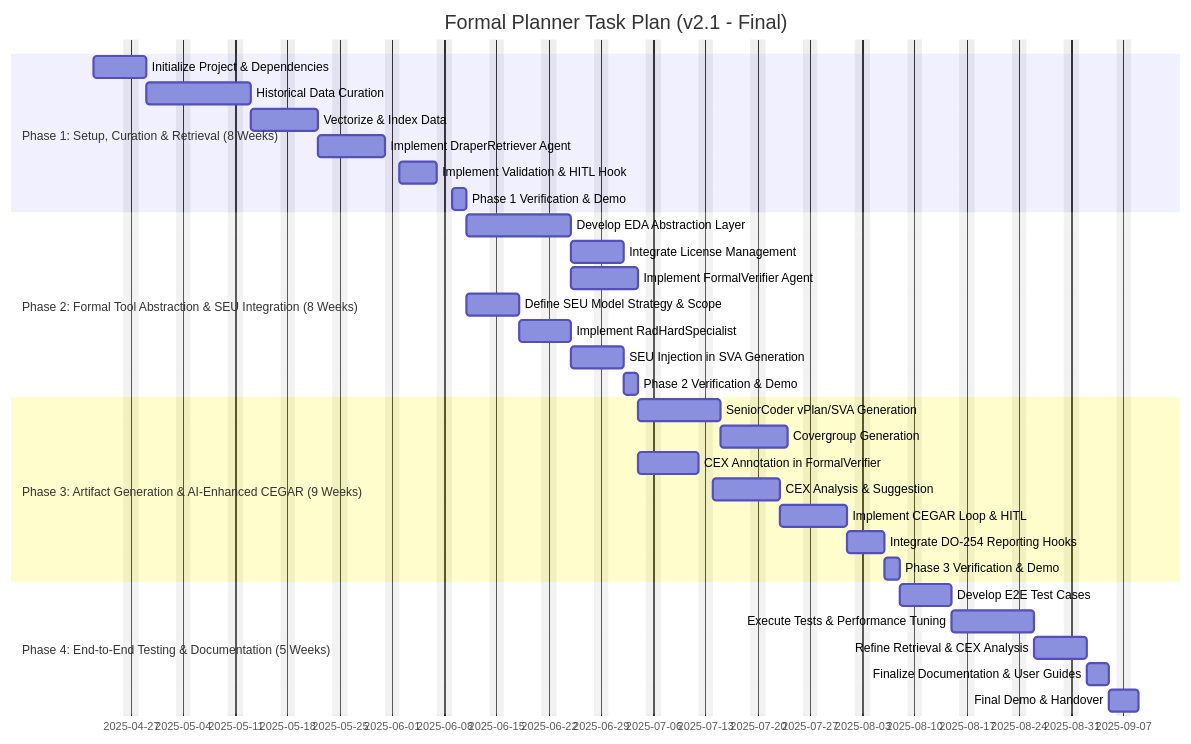
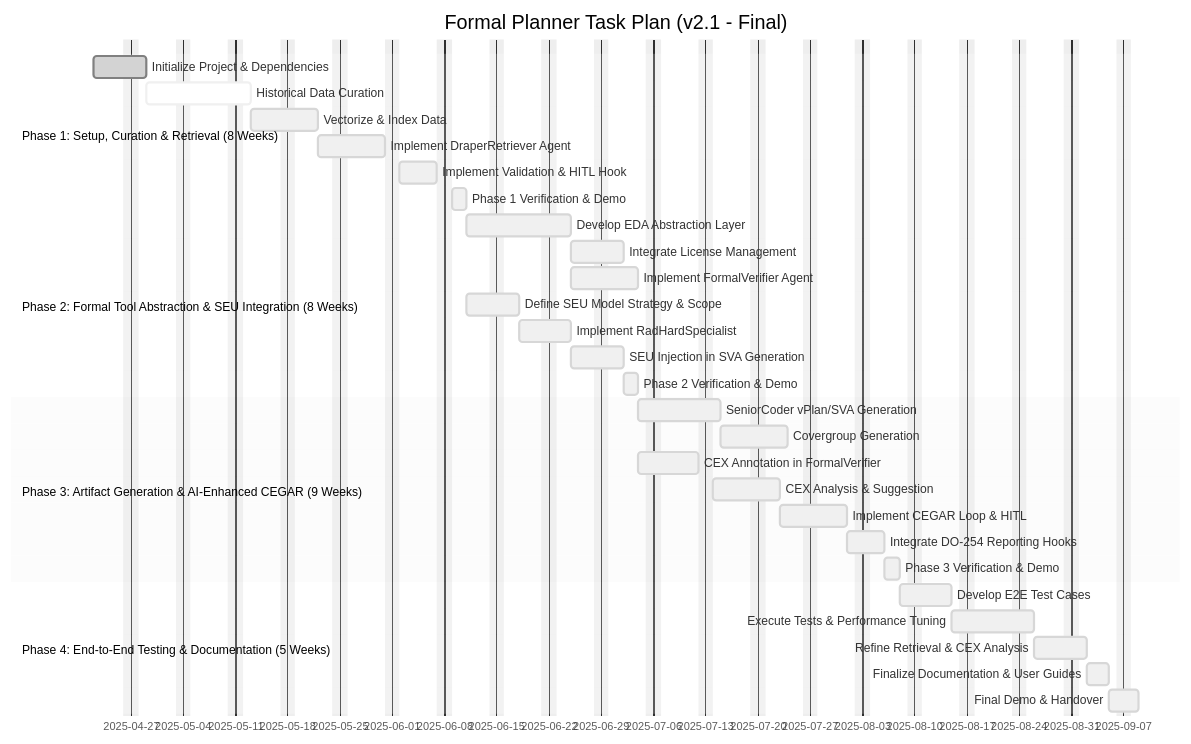
Before and after one commit to grahama1970/draper: the diagram in draper_formal_planner/task.md, drawn with Mermaid. The commit also changed other lines of this file and 1 other file, not shown here.

Commit message:
Complete Task 3.1: Designer pass for visual quality on documentation

````diff
--- a/draper_formal_planner/task.md
+++ b/draper_formal_planner/task.md
@@ -51,39 +51,40 @@
 ```mermaid
+%%{init: {'theme': 'base', 'themeVariables': { 'primaryColor': '#f0f0f0'}}}%%
 gantt
     dateFormat  YYYY-MM-DD
     title       Formal Planner Task Plan (v2.1 - Final)
     excludes    weekends
 
     section Phase 1: Setup, Curation & Retrieval (8 Weeks)
-    Initialize Project & Dependencies          : 2025-04-22, 5d
-    Historical Data Curation                   : after P1T1, 10d
-    Vectorize & Index Data                     : after P1T2, 7d
-    Implement DraperRetriever Agent            : after P1T3, 7d
-    Implement Validation & HITL Hook           : after P1T4, 5d
-    Phase 1 Verification & Demo                : after P1T5, 2d
+    Initialize Project & Dependencies          :done, P1T1, 2025-04-22, 5d
+    Historical Data Curation                   :active, P1T2, after P1T1, 10d
+    Vectorize & Index Data                     :P1T3, after P1T2, 7d
+    Implement DraperRetriever Agent            :P1T4, after P1T3, 7d
+    Implement Validation & HITL Hook           :P1T5, after P1T4, 5d
+    Phase 1 Verification & Demo                :P1T6, after P1T5, 2d
 
     section Phase 2: Formal Tool Abstraction & SEU Integration (8 Weeks)
-    Develop EDA Abstraction Layer              : after P1T6, 10d
-    Integrate License Management               : after P2T1, 5d
-    Implement FormalVerifier Agent             : after P2T1, 7d
-    Define SEU Model Strategy & Scope          : after P1T6, 5d
-    Implement RadHardSpecialist                : after P2T4, 5d
-    SEU Injection in SVA Generation            : after P2T5, 5d
-    Phase 2 Verification & Demo                : after P2T6, 2d
+    Develop EDA Abstraction Layer              :P2T1, after P1T6, 10d
+    Integrate License Management               :P2T2, after P2T1, 5d
+    Implement FormalVerifier Agent             :P2T3, after P2T1, 7d
+    Define SEU Model Strategy & Scope          :P2T4, after P1T6, 5d
+    Implement RadHardSpecialist                :P2T5, after P2T4, 5d
+    SEU Injection in SVA Generation            :P2T6, after P2T5, 5d
+    Phase 2 Verification & Demo                :P2T7, after P2T6, 2d
 
     section Phase 3: Artifact Generation & AI-Enhanced CEGAR (9 Weeks)
-    SeniorCoder vPlan/SVA Generation           : after P2T7, 7d
-    Covergroup Generation                      : after P3T1, 7d
-    CEX Annotation in FormalVerifier           : after P2T7, 6d
-    CEX Analysis & Suggestion                  : after P3T3, 7d
-    Implement CEGAR Loop & HITL                : after P3T4, 7d
-    Integrate DO-254 Reporting Hooks           : after P3T5, 3d
-    Phase 3 Verification & Demo                : after P3T6, 2d
+    SeniorCoder vPlan/SVA Generation           :P3T1, after P2T7, 7d
+    Covergroup Generation                      :P3T2, after P3T1, 7d
+    CEX Annotation in FormalVerifier           :P3T3, after P2T7, 6d
+    CEX Analysis & Suggestion                  :P3T4, after P3T3, 7d
+    Implement CEGAR Loop & HITL                :P3T5, after P3T4, 7d
+    Integrate DO-254 Reporting Hooks           :P3T6, after P3T5, 3d
+    Phase 3 Verification & Demo                :P3T7, after P3T6, 2d
 
     section Phase 4: End-to-End Testing & Documentation (5 Weeks)
-    Develop E2E Test Cases                     : after P3T7, 5d
-    Execute Tests & Performance Tuning         : after P4T1, 7d
-    Refine Retrieval & CEX Analysis            : after P4T2, 5d
-    Finalize Documentation & User Guides       : after P4T3, 3d
-    Final Demo & Handover                     : after P4T4, 2d
+    Develop E2E Test Cases                     :P4T1, after P3T7, 5d
+    Execute Tests & Performance Tuning         :P4T2, after P4T1, 7d
+    Refine Retrieval & CEX Analysis            :P4T3, after P4T2, 5d
+    Finalize Documentation & User Guides       :P4T4, after P4T3, 3d
+    Final Demo & Handover                     :P4T5, after P4T4, 2d
 ```
````
